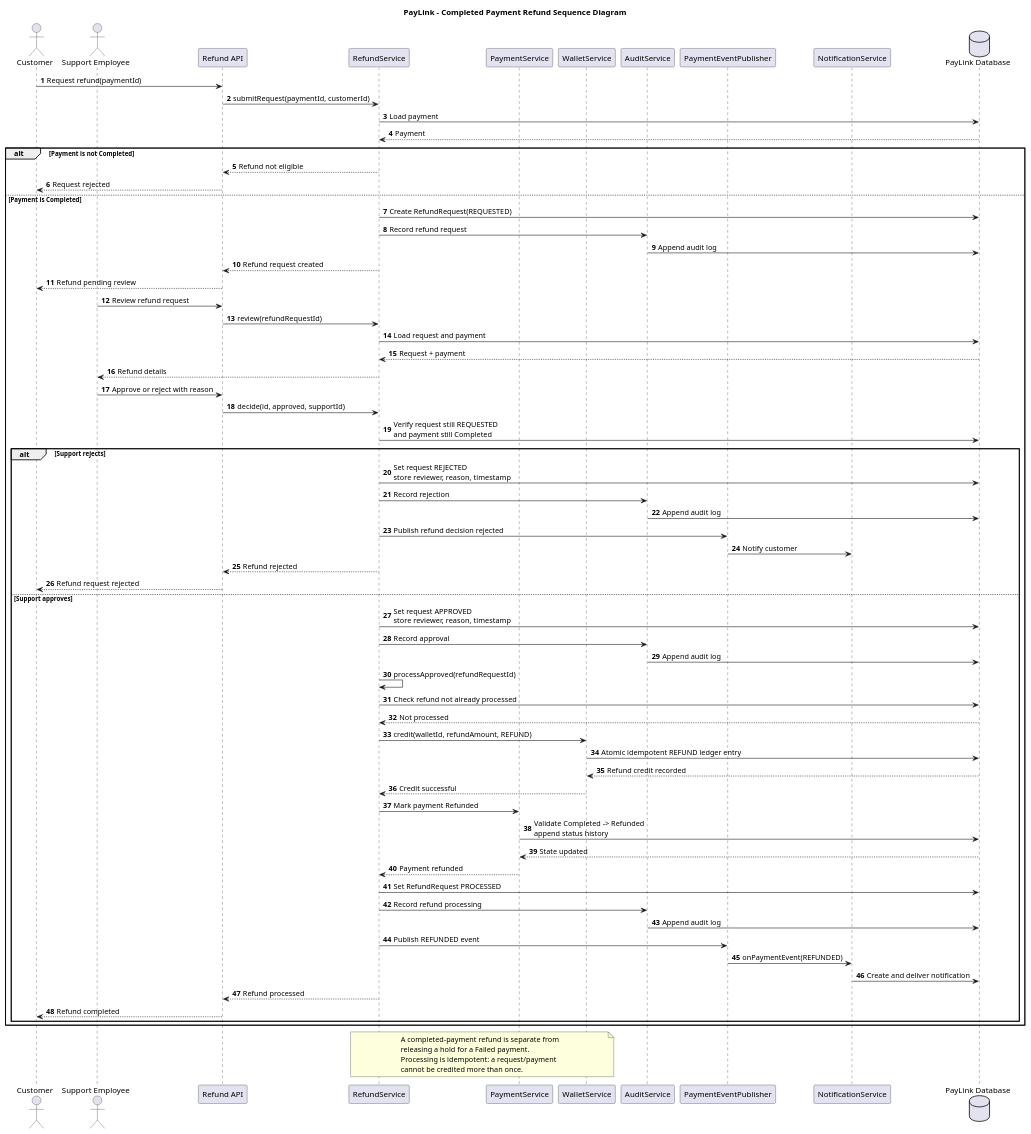
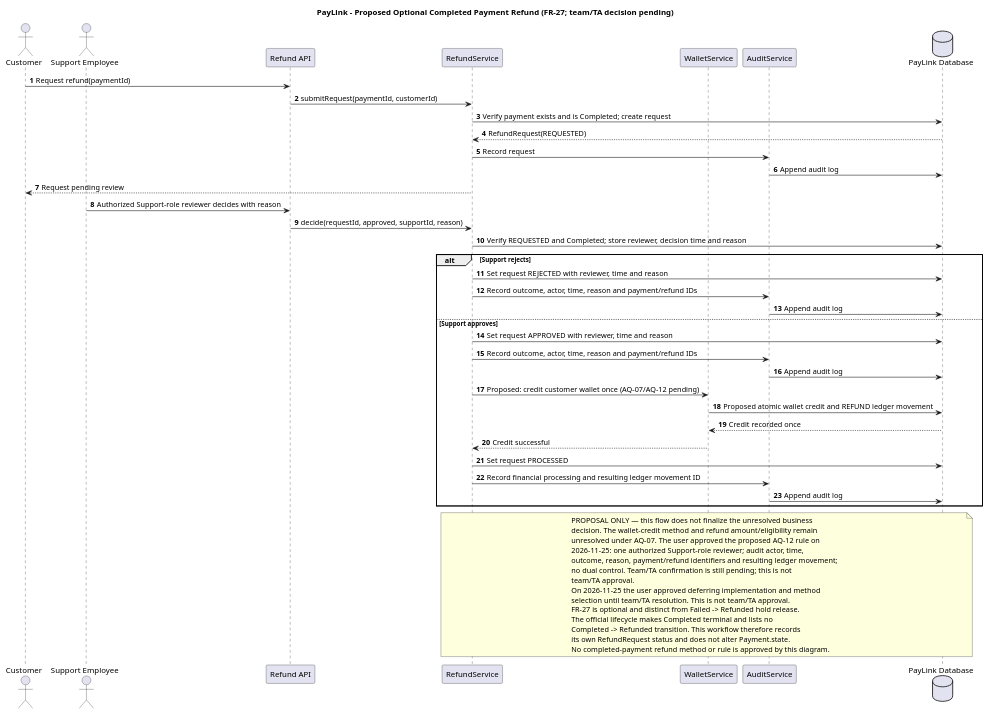
The second of 2 diagrams in docs/design/refund-sequence.puml (ahmed4khaled/PayLink), drawn with PlantUML before and after one commit. The commit also changed other lines of this file and 14 other files, not shown here.

```diff
--- a/docs/design/refund-sequence.puml
+++ b/docs/design/refund-sequence.puml
@@ -1,86 +40,59 @@
 @startuml
-title PayLink - Completed Payment Refund Sequence Diagram
+title PayLink - Proposed Optional Completed Payment Refund (FR-27; team/TA decision pending)
 skinparam shadowing false
 autonumber
 
 actor Customer
 actor "Support Employee" as Support
 participant "Refund API" as API
 participant "RefundService" as Refund
-participant "PaymentService" as PaymentService
 participant "WalletService" as Wallet
 participant "AuditService" as Audit
-participant "PaymentEventPublisher" as Events
-participant "NotificationService" as Notify
 database "PayLink Database" as DB
 
 Customer -> API : Request refund(paymentId)
 API -> Refund : submitRequest(paymentId, customerId)
-Refund -> DB : Load payment
-DB --> Refund : Payment
+Refund -> DB : Verify payment exists and is Completed; create request
+DB --> Refund : RefundRequest(REQUESTED)
+Refund -> Audit : Record request
+Audit -> DB : Append audit log
+Refund --> Customer : Request pending review
 
-alt Payment is not Completed
-    Refund --> API : Refund not eligible
-    API --> Customer : Request rejected
-else Payment is Completed
-    Refund -> DB : Create RefundRequest(REQUESTED)
-    Refund -> Audit : Record refund request
-    Audit -> DB : Append audit log
-    Refund --> API : Refund request created
-    API --> Customer : Refund pending review
+Support -> API : Authorized Support-role reviewer decides with reason
+API -> Refund : decide(requestId, approved, supportId, reason)
+Refund -> DB : Verify REQUESTED and Completed; store reviewer, decision time and reason
 
-    Support -> API : Review refund request
-    API -> Refund : review(refundRequestId)
-    Refund -> DB : Load request and payment
-    DB --> Refund : Request + payment
-    Refund --> Support : Refund details
-
-    Support -> API : Approve or reject with reason
-    API -> Refund : decide(id, approved, supportId)
-    Refund -> DB : Verify request still REQUESTED\nand payment still Completed
-
-    alt Support rejects
-        Refund -> DB : Set request REJECTED\nstore reviewer, reason, timestamp
-        Refund -> Audit : Record rejection
-        Audit -> DB : Append audit log
-        Refund -> Events : Publish refund decision rejected
-        Events -> Notify : Notify customer
-        Refund --> API : Refund rejected
-        API --> Customer : Refund request rejected
-
-    else Support approves
-        Refund -> DB : Set request APPROVED\nstore reviewer, reason, timestamp
-        Refund -> Audit : Record approval
-        Audit -> DB : Append audit log
-        Refund -> Refund : processApproved(refundRequestId)
-        Refund -> DB : Check refund not already processed
-        DB --> Refund : Not processed
-        Refund -> Wallet : credit(walletId, refundAmount, REFUND)
-        Wallet -> DB : Atomic idempotent REFUND ledger entry
-        DB --> Wallet : Refund credit recorded
-        Wallet --> Refund : Credit successful
-
-        Refund -> PaymentService : Mark payment Refunded
-        PaymentService -> DB : Validate Completed -> Refunded\nappend status history
-        DB --> PaymentService : State updated
-        PaymentService --> Refund : Payment refunded
-
-        Refund -> DB : Set RefundRequest PROCESSED
-        Refund -> Audit : Record refund processing
-        Audit -> DB : Append audit log
-        Refund -> Events : Publish REFUNDED event
-        Events -> Notify : onPaymentEvent(REFUNDED)
-        Notify -> DB : Create and deliver notification
-        Refund --> API : Refund processed
-        API --> Customer : Refund completed
-    end
+alt Support rejects
+  Refund -> DB : Set request REJECTED with reviewer, time and reason
+  Refund -> Audit : Record outcome, actor, time, reason and payment/refund IDs
+  Audit -> DB : Append audit log
+else Support approves
+  Refund -> DB : Set request APPROVED with reviewer, time and reason
+  Refund -> Audit : Record outcome, actor, time, reason and payment/refund IDs
+  Audit -> DB : Append audit log
+  Refund -> Wallet : Proposed: credit customer wallet once (AQ-07/AQ-12 pending)
+  Wallet -> DB : Proposed atomic wallet credit and REFUND ledger movement
+  DB --> Wallet : Credit recorded once
+  Wallet --> Refund : Credit successful
+  Refund -> DB : Set request PROCESSED
+  Refund -> Audit : Record financial processing and resulting ledger movement ID
+  Audit -> DB : Append audit log
 end
 
-note over Refund,Wallet
-    A completed-payment refund is separate from
-    releasing a hold for a Failed payment.
-    Processing is idempotent: a request/payment
-    cannot be credited more than once.
+note over Refund,DB
+  PROPOSAL ONLY — this flow does not finalize the unresolved business
+  decision. The wallet-credit method and refund amount/eligibility remain
+  unresolved under AQ-07. The user approved the proposed AQ-12 rule on
+  2026-11-25: one authorized Support-role reviewer; audit actor, time,
+  outcome, reason, payment/refund identifiers and resulting ledger movement;
+  no dual control. Team/TA confirmation is still pending; this is not
+  team/TA approval.
+  On 2026-11-25 the user approved deferring implementation and method
+  selection until team/TA resolution. This is not team/TA approval.
+  FR-27 is optional and distinct from Failed -> Refunded hold release.
+  The official lifecycle makes Completed terminal and lists no
+  Completed -> Refunded transition. This workflow therefore records
+  its own RefundRequest status and does not alter Payment.state.
+  No completed-payment refund method or rule is approved by this diagram.
 end note
-
 @enduml
```
